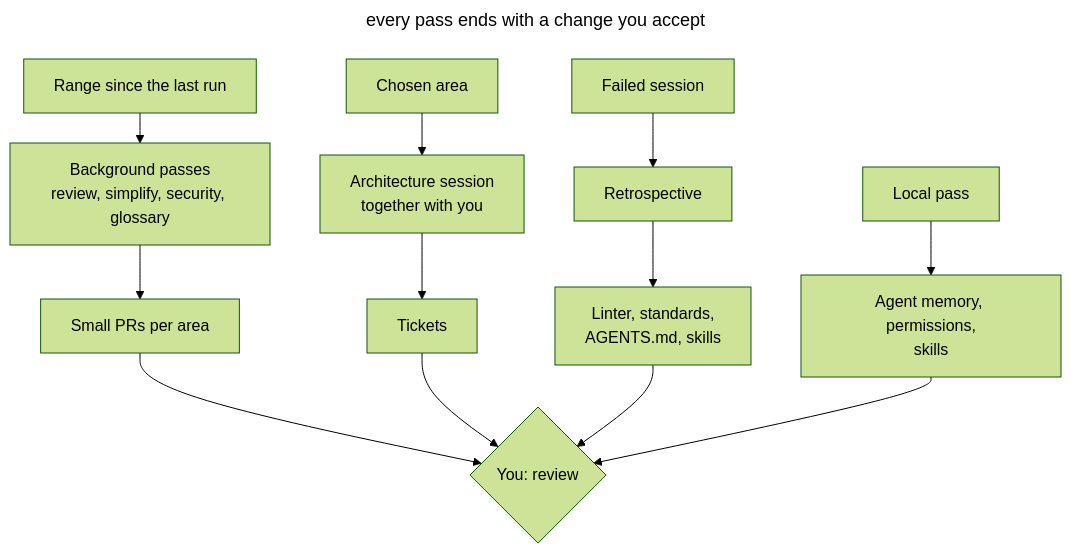
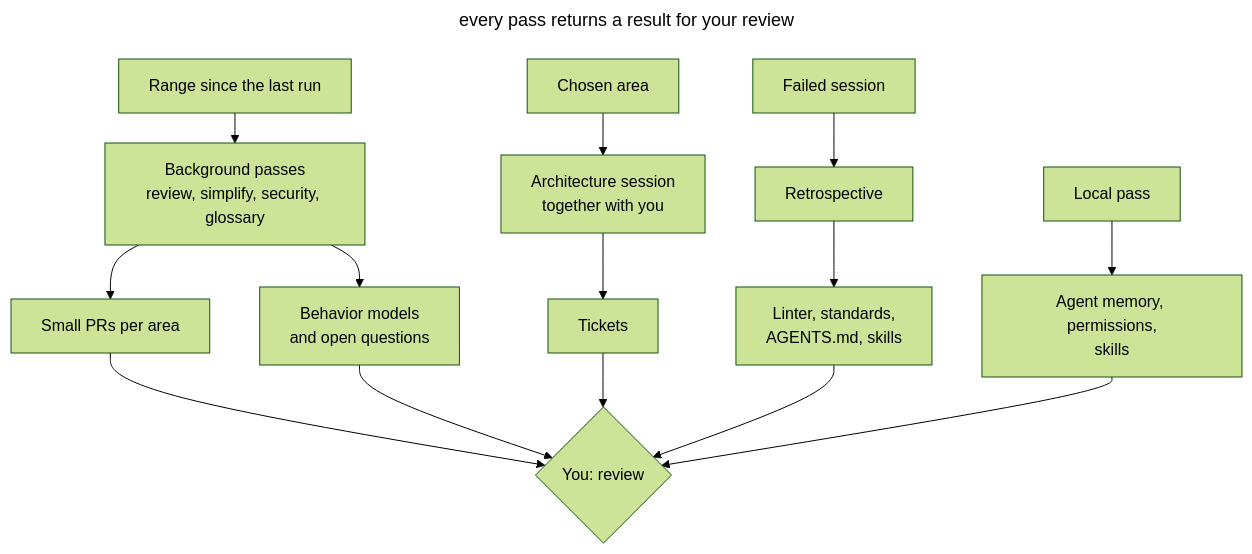
The diagram in book/en/scheduled-maintenance.md (mokevnin/agentic-coding-design-patterns), drawn with Mermaid (forest theme) before and after one commit. The commit also changed other lines of this file and 12 other files, not shown here.

````diff
--- a/book/en/scheduled-maintenance.md
+++ b/book/en/scheduled-maintenance.md
@@ -40,20 +42,22 @@
 ```mermaid
 ---
-title: every pass ends with a change you accept
+title: every pass returns a result for your review
 config:
   flowchart:
     rankSpacing: 30
 ---
 flowchart TB
   range["Range since the last run"] --> cloud["Background passes<br/>review, simplify, security, glossary"]:::accent
   cloud --> prs["Small PRs per area"]
+  cloud --> models["Behavior models<br/>and open questions"]
   area["Chosen area"] --> arch["Architecture session<br/>together with you"]
   arch --> tickets["Tickets"]
   fail["Failed session"]:::warn --> retro["Retrospective"]
   retro --> env["Linter, standards,<br/>AGENTS.md, skills"]
   local["Local pass"]:::muted --> tool["Agent memory, permissions,<br/>skills"]
   prs --> you{"You: review"}:::accent
+  models --> you
   tickets --> you
   env --> you
   tool --> you
 ```
````
